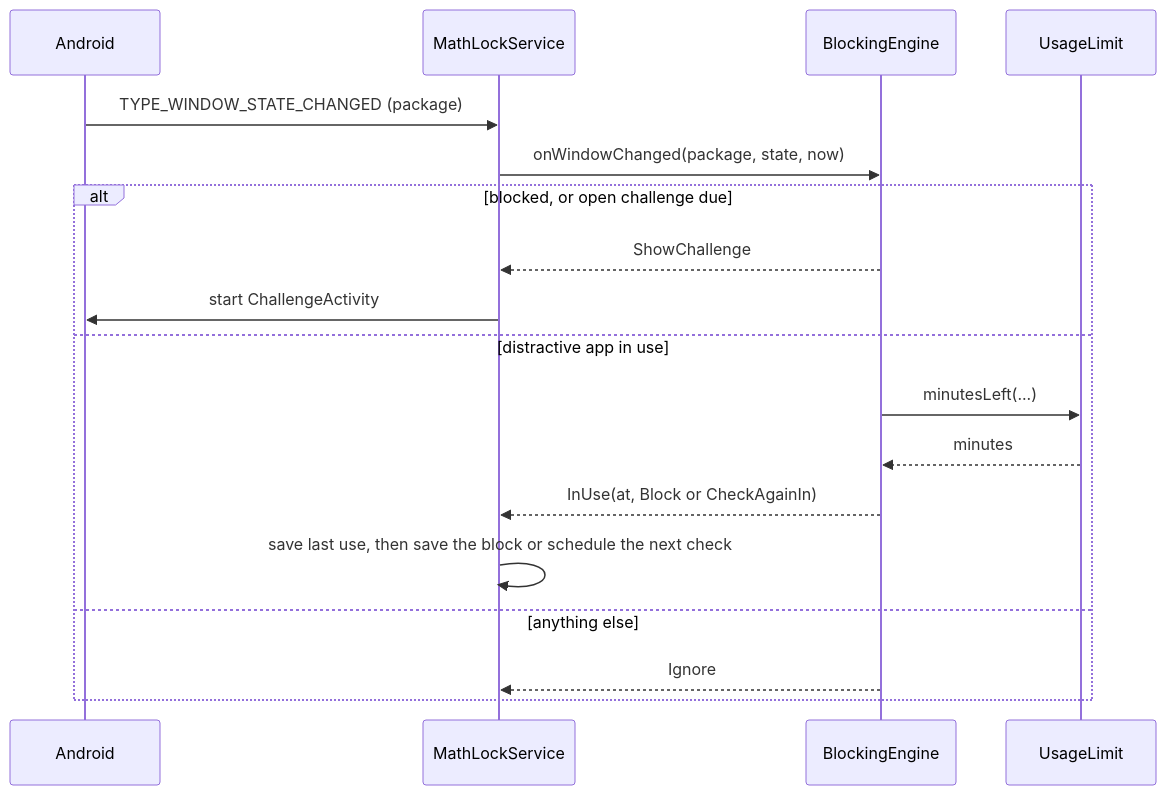
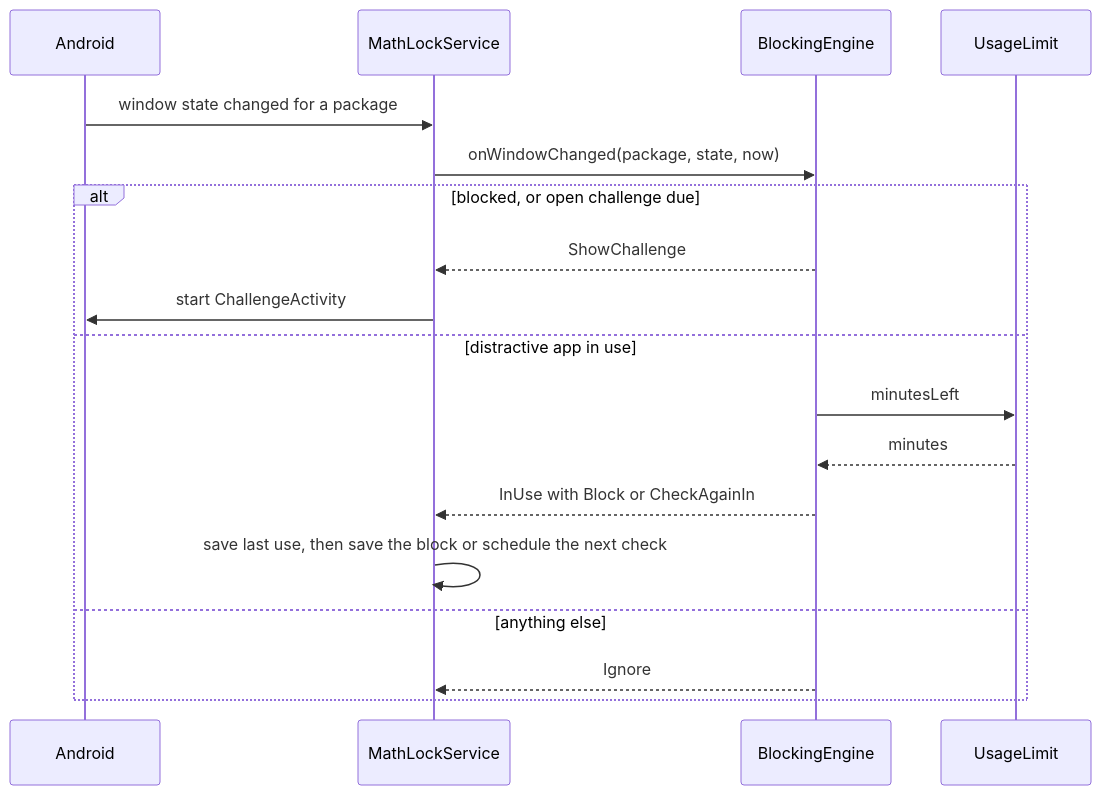
Before and after one commit to msbelaid/PlugBrain: the fourth of 4 diagrams in ARCHITECTURE.md, drawn with Mermaid. The commit also changed other lines of this file, not shown here.

First line of the commit message:
Simplify the ARCHITECTURE.md diagrams for GitHub's Mermaid renderer

````diff
--- a/ARCHITECTURE.md
+++ b/ARCHITECTURE.md
@@ -80,20 +84,20 @@
 ```mermaid
 sequenceDiagram
   participant A as Android
   participant S as MathLockService
   participant E as BlockingEngine
   participant U as UsageLimit
-  A->>S: TYPE_WINDOW_STATE_CHANGED (package)
+  A->>S: window state changed for a package
   S->>E: onWindowChanged(package, state, now)
   alt blocked, or open challenge due
     E-->>S: ShowChallenge
     S->>A: start ChallengeActivity
   else distractive app in use
-    E->>U: minutesLeft(...)
+    E->>U: minutesLeft
     U-->>E: minutes
-    E-->>S: InUse(at, Block or CheckAgainIn)
+    E-->>S: InUse with Block or CheckAgainIn
     S->>S: save last use, then save the block or schedule the next check
   else anything else
     E-->>S: Ignore
   end
 ```
````
